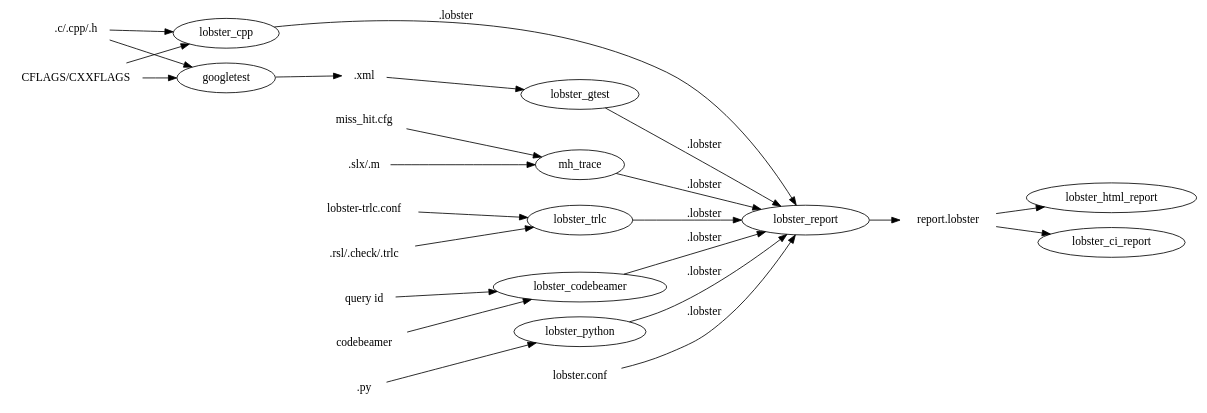
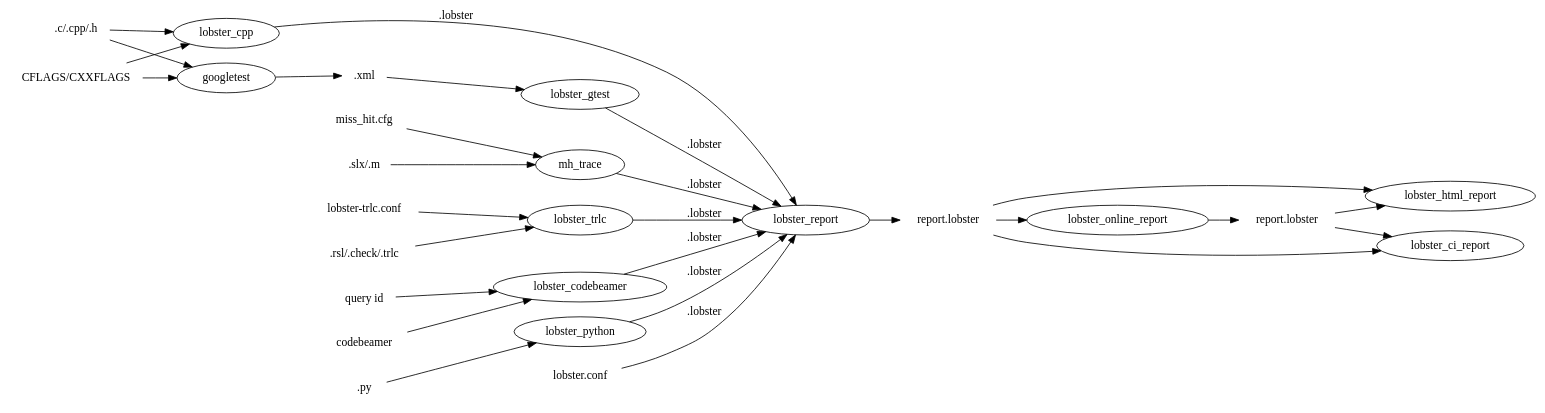
Before and after one commit to bmw-software-engineering/lobster: the diagram in docs/architecture.dot, drawn with Graphviz. The commit also changed 1 other file, not shown here.

Commit message:
Add online report in architecture picture

```diff
--- a/docs/architecture.dot
+++ b/docs/architecture.dot
@@ -1,68 +1,74 @@
 digraph "LOBSTER_DataFlow" {
 
 graph [rankdir=LR];
 
 c_sources [shape=none, label=".c/.cpp/.h"];
 c_build [shape=none, label="CFLAGS/CXXFLAGS"]
 lobster_cpp;
 c_sources -> lobster_cpp;
 c_build -> lobster_cpp;
 
 googletest;
 
 c_sources -> googletest;
 c_build -> googletest;
 
 gtest_log [shape=none, label=".xml"];
 
 googletest -> gtest_log;
 
 lobster_gtest;
 gtest_log -> lobster_gtest;
 
 
 m_sources [shape=none, label=".slx/.m"];
 mh_conf [shape=none, label="miss_hit.cfg"];
 mh_trace;
 m_sources -> mh_trace;
 mh_conf -> mh_trace;
 
 trlc_sources [shape=none, label=".rsl/.check/.trlc"];
 trlc_conf [shape=none, label="lobster-trlc.conf"];
 lobster_trlc;
 trlc_sources -> lobster_trlc;
 trlc_conf -> lobster_trlc;
 
 cb_instance [shape=none, label="codebeamer"];
 cb_query [shape=none, label="query id"];
 lobster_codebeamer;
 cb_instance -> lobster_codebeamer;
 cb_query -> lobster_codebeamer;
 
 py_sources [shape=none, label=".py"];
 lobster_python;
 py_sources -> lobster_python;
 
 
 
 lobster_report;
 lobster_conf [shape=none, label="lobster.conf"];
 lobster_conf -> lobster_report [label=".lobster"];
 lobster_cpp -> lobster_report [label=".lobster"];
 mh_trace -> lobster_report [label=".lobster"];
 lobster_trlc -> lobster_report [label=".lobster"];
 lobster_codebeamer -> lobster_report [label=".lobster"];
 lobster_python -> lobster_report [label=".lobster"];
 lobster_gtest -> lobster_report [label=".lobster"];
 
 report_lobster [shape=none, label="report.lobster"];
 lobster_report -> report_lobster;
 
+report_lobster_online [shape=none, label="report.lobster"];
+lobster_online_report;
+report_lobster -> lobster_online_report;
+lobster_online_report -> report_lobster_online;
+
 lobster_html_report;
 lobster_ci_report;
 
 report_lobster -> lobster_html_report;
 report_lobster -> lobster_ci_report;
-
+report_lobster_online -> lobster_html_report;
+report_lobster_online -> lobster_ci_report;
 
 }
```
